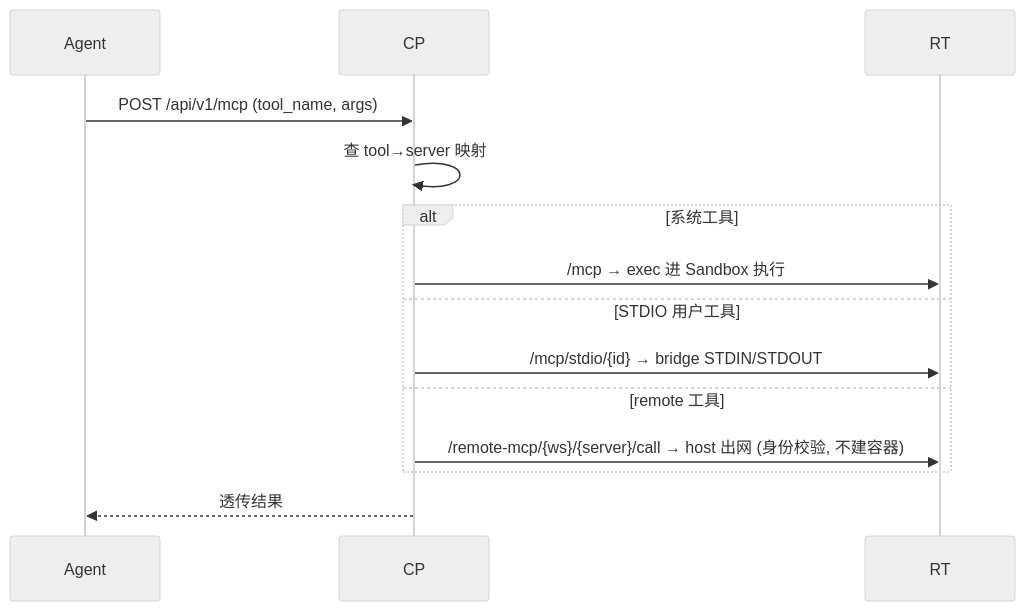
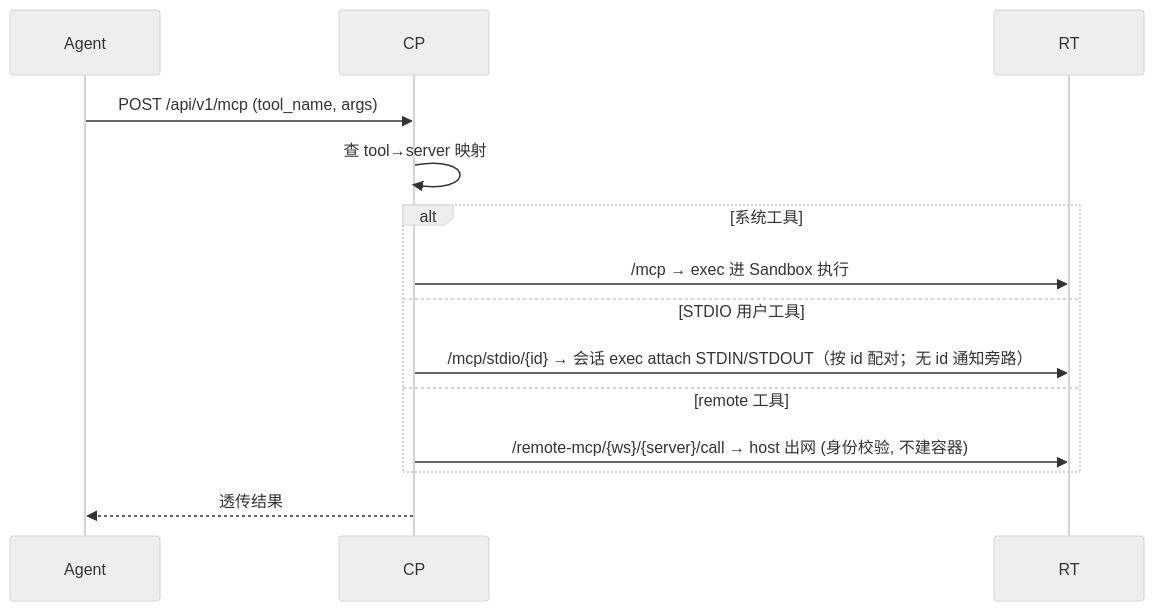
Before and after one commit to cc01cc/xihe-project: the third of 3 diagrams in docs/i18n/zh-Hans/DEV-016-mcp-architecture.md, drawn with Mermaid. The commit also changed other lines of this file and 8 other files, not shown here.

````diff
--- a/docs/i18n/zh-Hans/DEV-016-mcp-architecture.md
+++ b/docs/i18n/zh-Hans/DEV-016-mcp-architecture.md
@@ -73,14 +73,14 @@
 ```mermaid
 %%{init: {'theme': 'neutral'}}%%
 sequenceDiagram
   Agent->>CP: POST /api/v1/mcp (tool_name, args)
   CP->>CP: 查 tool→server 映射
   alt 系统工具
     CP->>RT: /mcp → exec 进 Sandbox 执行
   else STDIO 用户工具
-    CP->>RT: /mcp/stdio/{id} → bridge STDIN/STDOUT
+    CP->>RT: /mcp/stdio/{id} → 会话 exec attach STDIN/STDOUT（按 id 配对；无 id 通知旁路）
   else remote 工具
     CP->>RT: /remote-mcp/{ws}/{server}/call → host 出网 (身份校验, 不建容器)
   end
   CP-->>Agent: 透传结果
 ```
````
